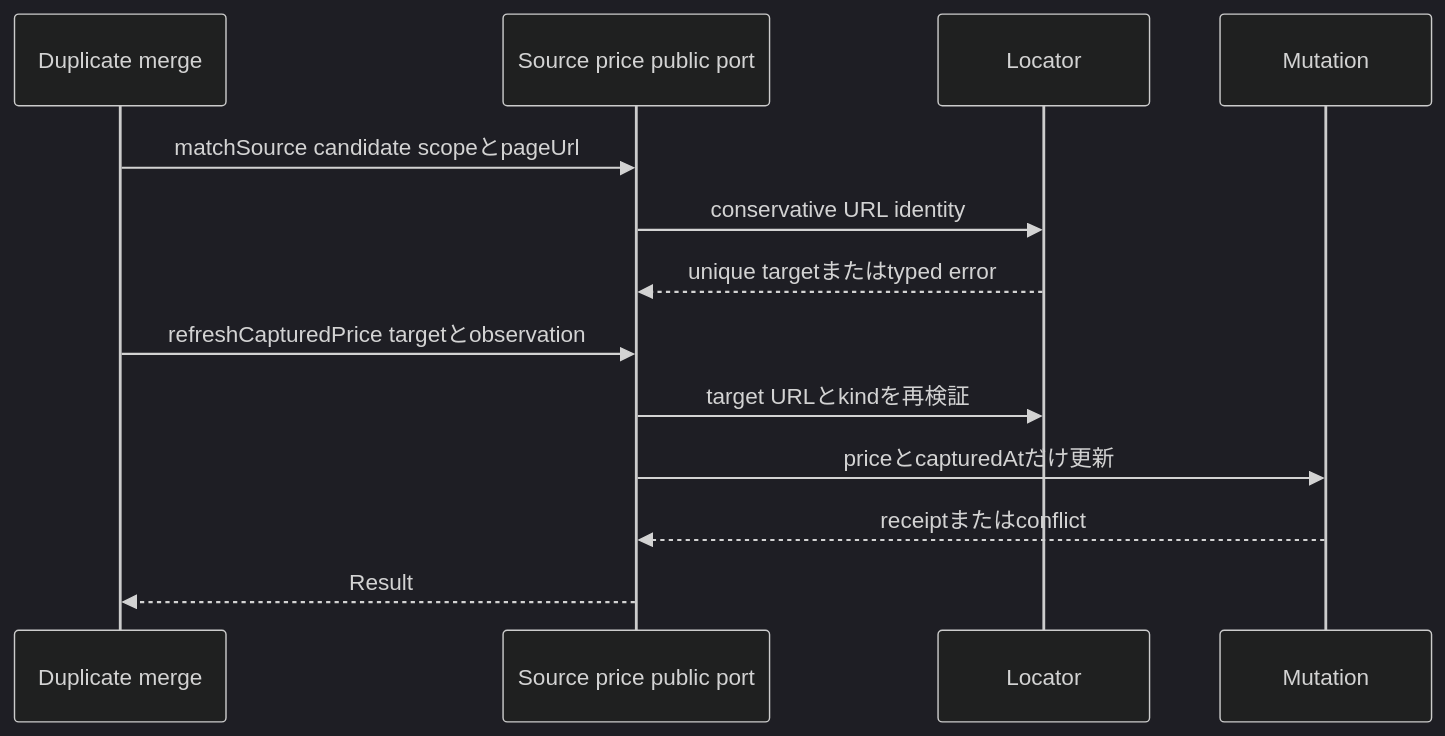
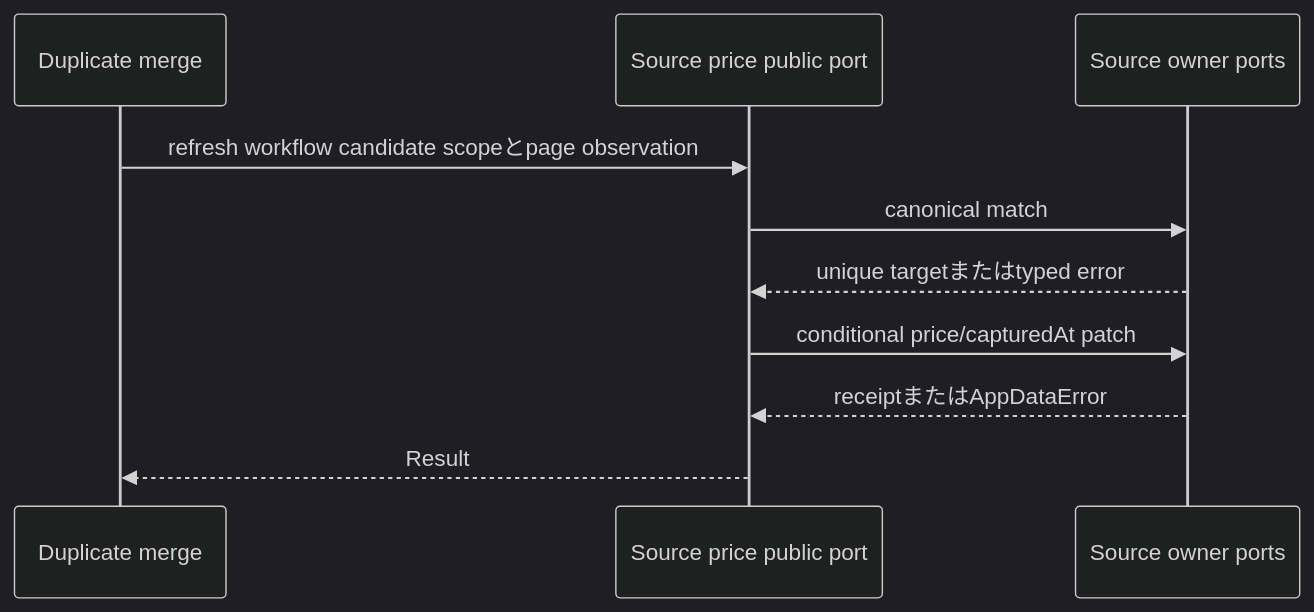
One commit to Huruikagi/pc-build-planner changed the third of 3 diagrams in .kiro/specs/source-price-refresh/design.md. Above: the diagram before and after it, drawn with Mermaid (dark theme). The commit also changed other lines of this file and 85 other files, not shown here.

````diff
--- a/.kiro/specs/source-price-refresh/design.md
+++ b/.kiro/specs/source-price-refresh/design.md
@@ -228,16 +230,13 @@
 ```mermaid
 sequenceDiagram
     participant Merge as Duplicate merge
     participant Public as Source price public port
-    participant Locator
-    participant Mutation
+    participant Source as Source owner ports
 
-    Merge->>Public: matchSource candidate scopeとpageUrl
-    Public->>Locator: conservative URL identity
-    Locator-->>Public: unique targetまたはtyped error
-    Merge->>Public: refreshCapturedPrice targetとobservation
-    Public->>Locator: target URLとkindを再検証
-    Public->>Mutation: priceとcapturedAtだけ更新
-    Mutation-->>Public: receiptまたはconflict
+    Merge->>Public: refresh workflow candidate scopeとpage observation
+    Public->>Source: canonical match
+    Source-->>Public: unique targetまたはtyped error
+    Public->>Source: conditional price/capturedAt patch
+    Source-->>Public: receiptまたはAppDataError
     Public-->>Merge: Result
 ```
````
